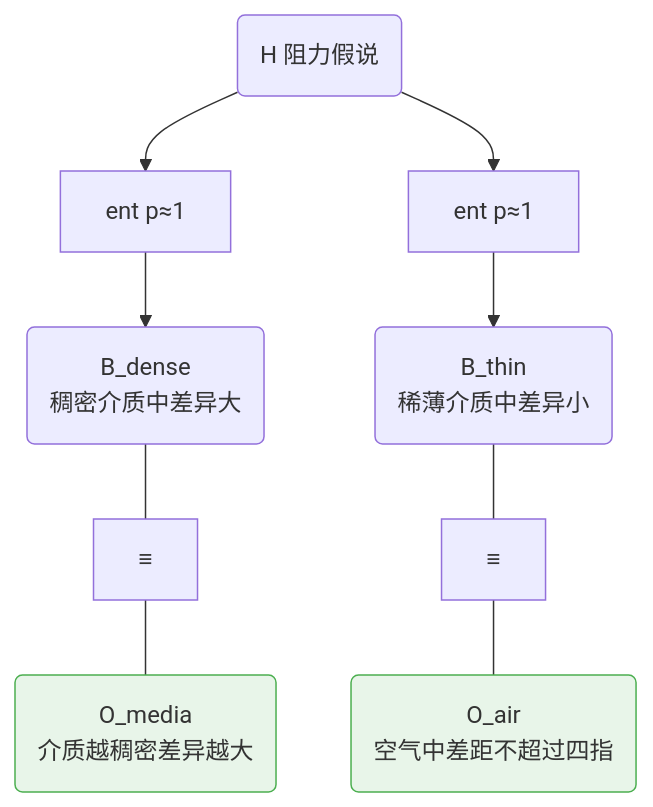
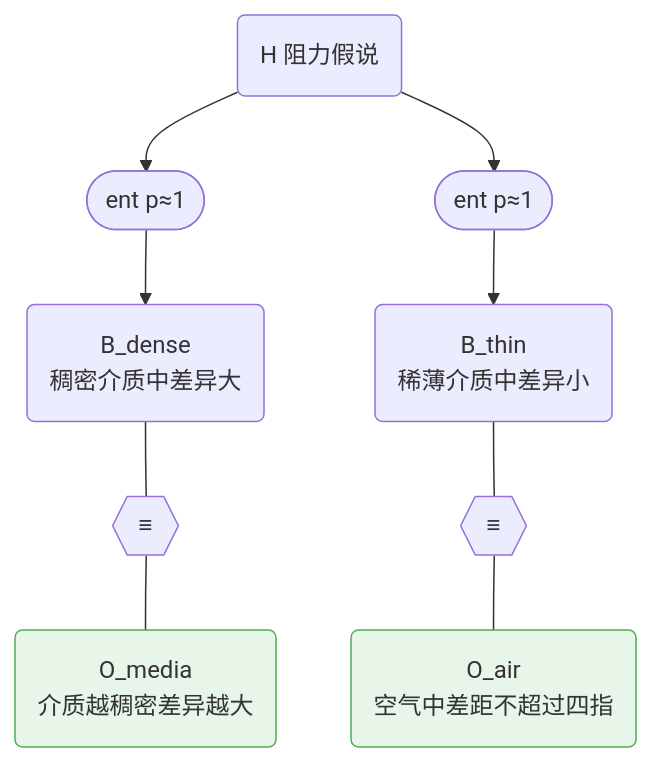
The sixth of 10 diagrams in docs/foundations/theory/science-formalization.md (SiliconEinstein/Gaia), drawn with Mermaid before and after one commit. The commit also changed other lines of this file, not shown here.

First line of the commit message:
docs: unify Mermaid shape conventions — stadium factors, hexagon bindings

````diff
--- a/docs/foundations/theory/science-formalization.md
+++ b/docs/foundations/theory/science-formalization.md
@@ -306,9 +306,9 @@
 ```mermaid
 graph TD
-    H("H 阻力假说") --> f1["ent p≈1"] --> Bd("B_dense<br/>稠密介质中差异大")
-    H --> f2["ent p≈1"] --> Bt("B_thin<br/>稀薄介质中差异小")
-    Bd --- eq1["≡"] --- Bpd("O_media<br/>介质越稠密差异越大"):::obs
-    Bt --- eq2["≡"] --- Bpt("O_air<br/>空气中差距不超过四指"):::obs
+    H("H 阻力假说") --> f1(["ent p≈1"]) --> Bd("B_dense<br/>稠密介质中差异大")
+    H --> f2(["ent p≈1"]) --> Bt("B_thin<br/>稀薄介质中差异小")
+    Bd --- eq1{{"≡"}} --- Bpd("O_media<br/>介质越稠密差异越大"):::obs
+    Bt --- eq2{{"≡"}} --- Bpt("O_air<br/>空气中差距不超过四指"):::obs
 
     classDef obs fill:#e8f5e9,stroke:#4caf50
 ```
````
